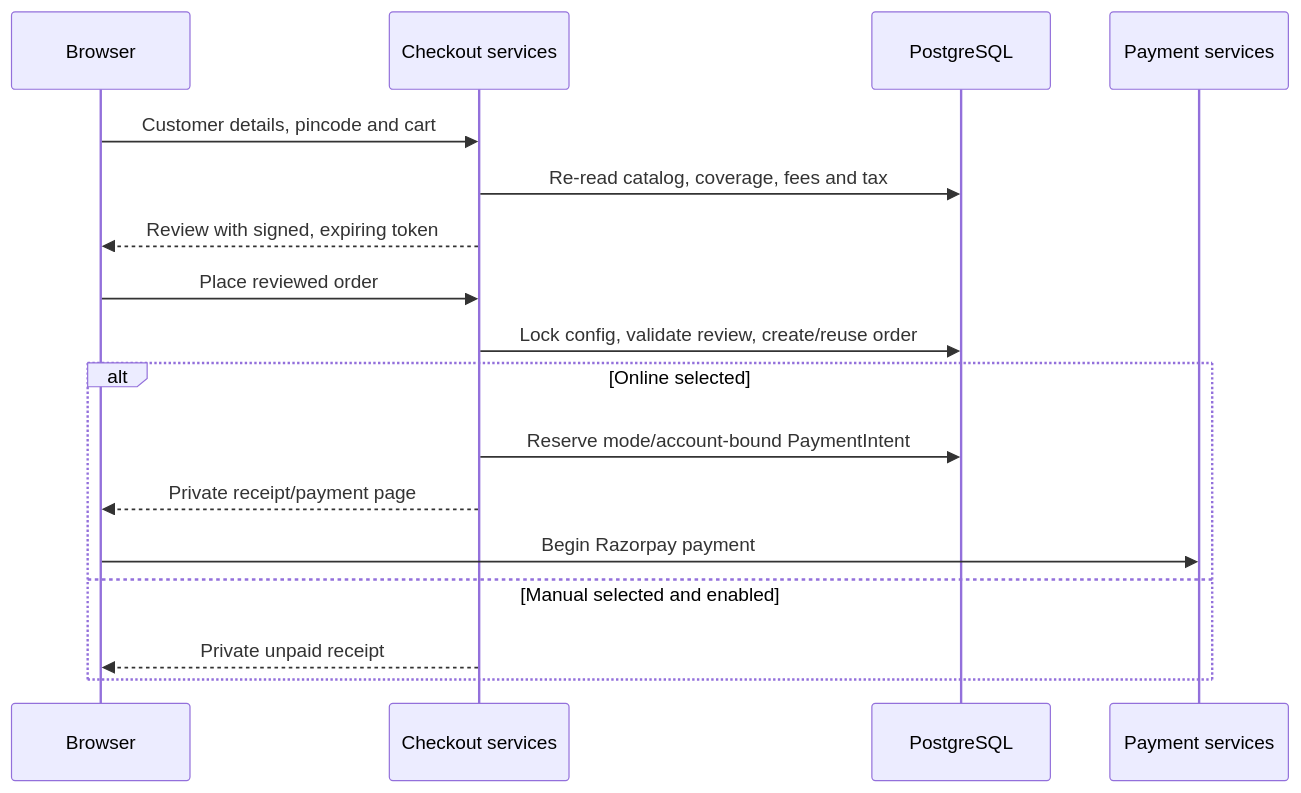
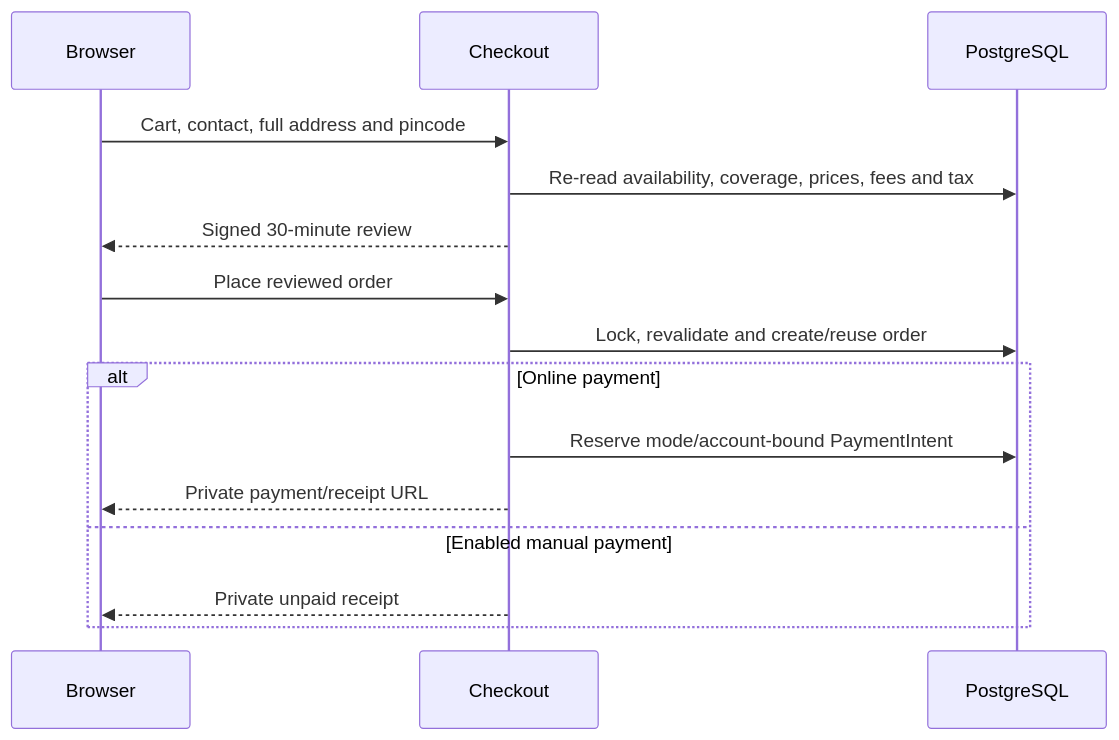
The third of 3 diagrams in ARCHITECTURE.md (saran4125/annam_foods), drawn with Mermaid before and after one commit. The commit also changed other lines of this file and 71 other files, not shown here.

````diff
--- a/ARCHITECTURE.md
+++ b/ARCHITECTURE.md
@@ -323,19 +257,17 @@
 ```mermaid
 sequenceDiagram
     participant Browser
-    participant Checkout as Checkout services
+    participant Checkout
     participant DB as PostgreSQL
-    participant Pay as Payment services
-    Browser->>Checkout: Customer details, pincode and cart
-    Checkout->>DB: Re-read catalog, coverage, fees and tax
-    Checkout-->>Browser: Review with signed, expiring token
+    Browser->>Checkout: Cart, contact, full address and pincode
+    Checkout->>DB: Re-read availability, coverage, prices, fees and tax
+    Checkout-->>Browser: Signed 30-minute review
     Browser->>Checkout: Place reviewed order
-    Checkout->>DB: Lock config, validate review, create/reuse order
-    alt Online selected
+    Checkout->>DB: Lock, revalidate and create/reuse order
+    alt Online payment
         Checkout->>DB: Reserve mode/account-bound PaymentIntent
-        Checkout-->>Browser: Private receipt/payment page
-        Browser->>Pay: Begin Razorpay payment
-    else Manual selected and enabled
+        Checkout-->>Browser: Private payment/receipt URL
+    else Enabled manual payment
         Checkout-->>Browser: Private unpaid receipt
     end
 ```
````
